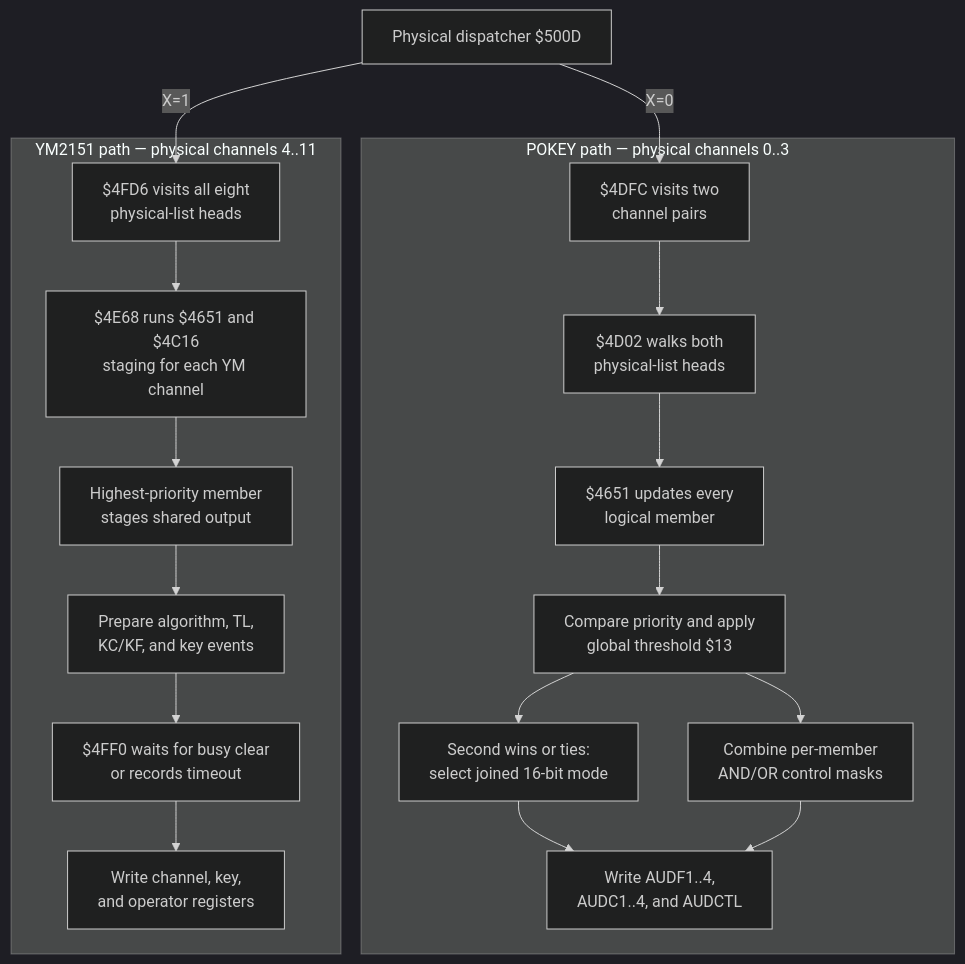
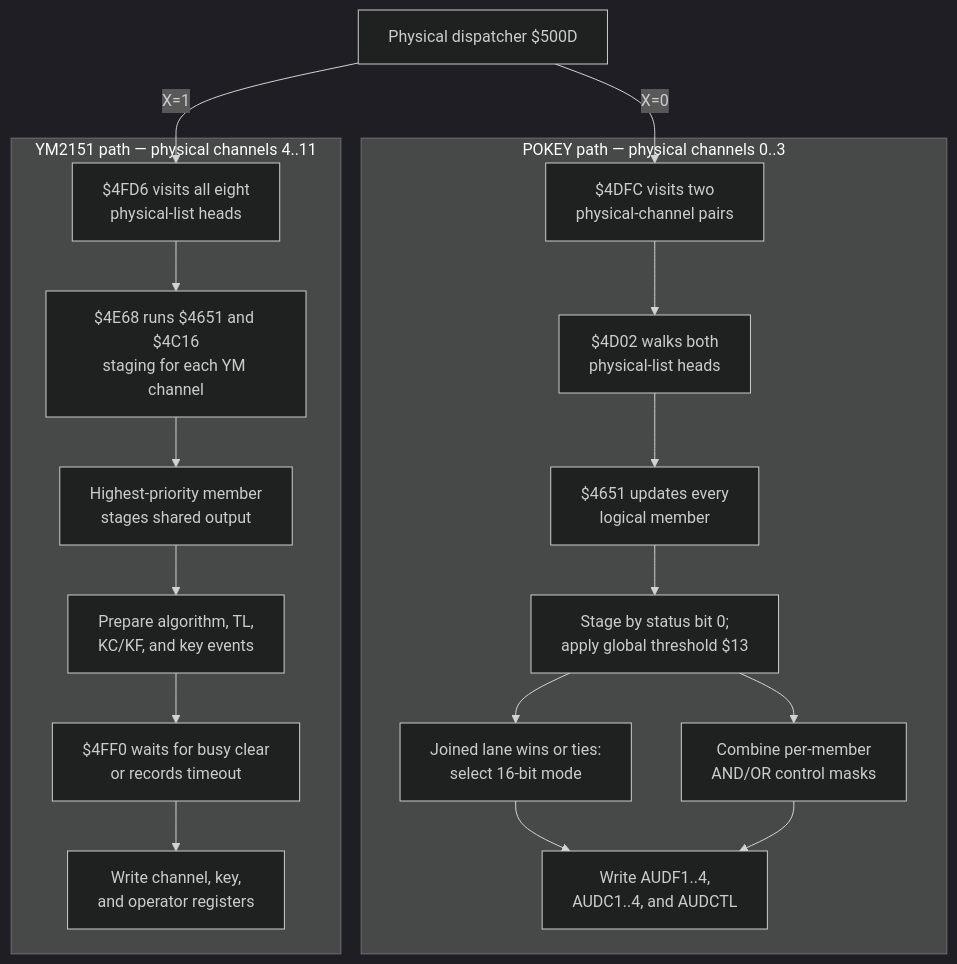
Before and after one commit to alinsavix/gauntlet-soundrom-ai-reveng: the fourth of 7 diagrams in docs/04_subsystems.md, drawn with Mermaid (dark theme). The commit also changed other lines of this file and 32 other files, not shown here.

````diff
--- a/docs/04_subsystems.md
+++ b/docs/04_subsystems.md
@@ -282,25 +293,25 @@
 ```mermaid
 flowchart TB
     Select["Physical dispatcher $500D"]
 
     subgraph POKEYPath["POKEY path — physical channels 0..3"]
-        PStart["$4DFC visits two<br/>channel pairs"] --> Pair["$4D02 walks both<br/>physical-list heads"]
+        PStart["$4DFC visits two<br/>physical-channel pairs"] --> Pair["$4D02 walks both<br/>physical-list heads"]
         Pair --> PEngine["$4651 updates every<br/>logical member"]
-        PEngine --> PArb["Compare priority and apply<br/>global threshold $13"]
-        PArb --> Join["Second wins or ties:<br/>select joined 16-bit mode"]
+        PEngine --> PArb["Stage by status bit 0;<br/>apply global threshold $13"]
+        PArb --> Join["Joined lane wins or ties:<br/>select 16-bit mode"]
         PArb --> Masks["Combine per-member<br/>AND/OR control masks"]
         Join --> PWrite["Write AUDF1..4,<br/>AUDC1..4, and AUDCTL"]
         Masks --> PWrite
     end
 
     subgraph YMPath["YM2151 path — physical channels 4..11"]
         YStart["$4FD6 visits all eight<br/>physical-list heads"] --> YChannel["$4E68 runs $4651 and $4C16<br/>staging for each YM channel"]
         YChannel --> YWinner["Highest-priority member<br/>stages shared output"]
         YWinner --> YPrepare["Prepare algorithm, TL,<br/>KC/KF, and key events"]
         YPrepare --> Busy["$4FF0 waits for busy clear<br/>or records timeout"]
         Busy --> YWrite["Write channel, key,<br/>and operator registers"]
     end
 
     Select -->|"X=0"| PStart
     Select -->|"X=1"| YStart
 ```
````
